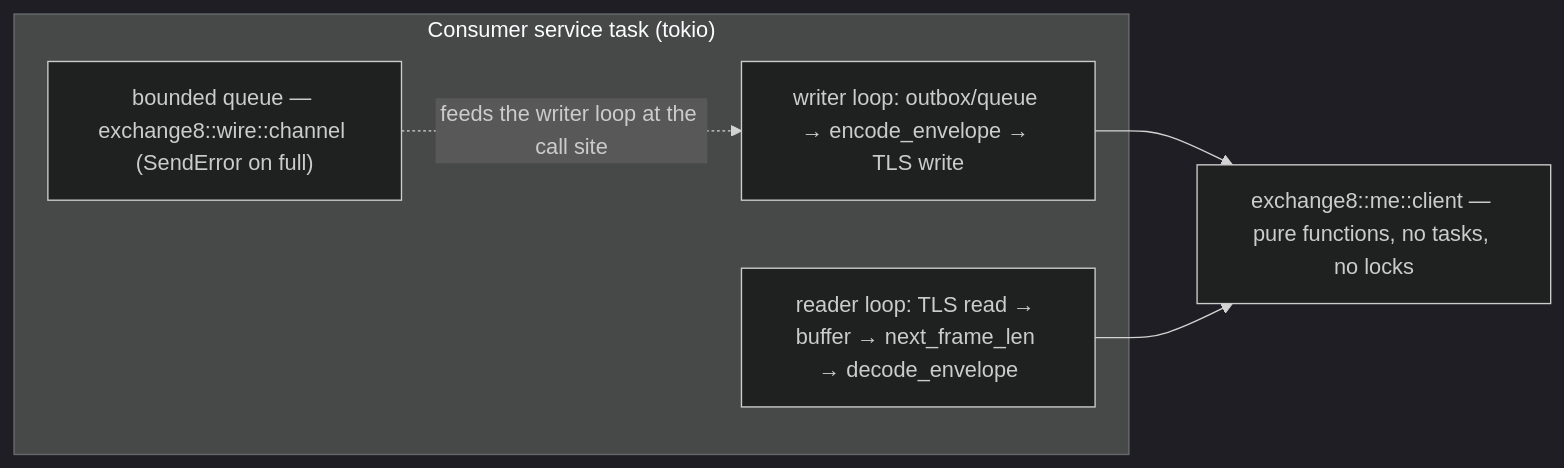
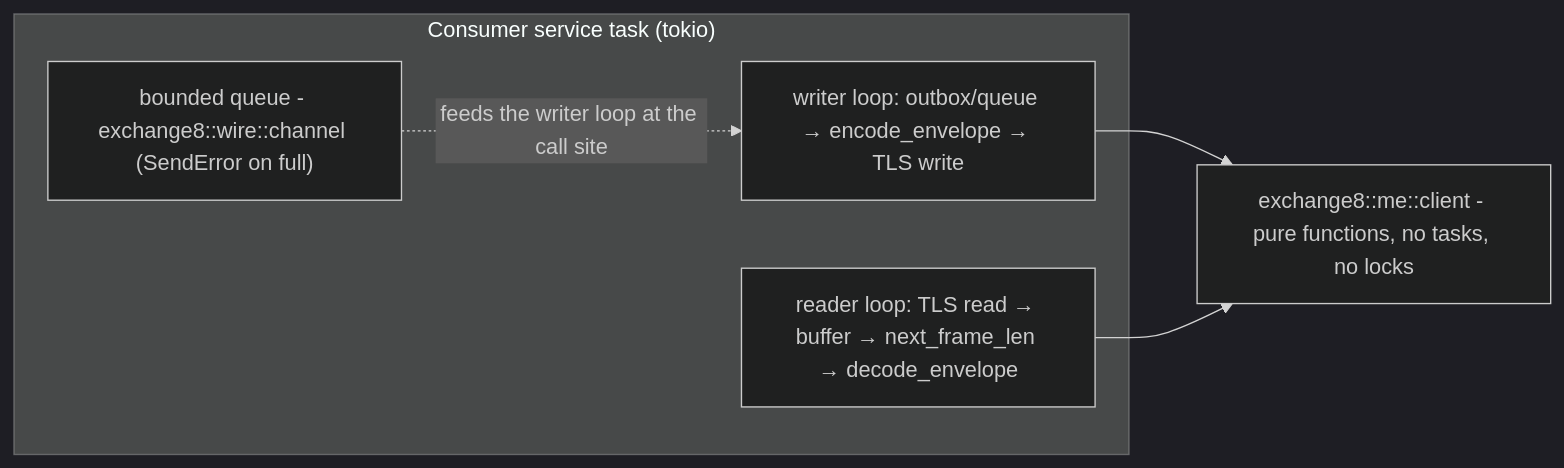
One commit to Exchange8-dev/exchange8-sdk changed the sixth of 7 diagrams in crates/me/client/DESIGN.md. Above: the diagram before and after it, drawn with Mermaid (dark theme). The commit also changed other lines of this file and 60 other files, not shown here.

````diff
--- a/crates/me/client/DESIGN.md
+++ b/crates/me/client/DESIGN.md
@@ -285,12 +285,12 @@
 ```mermaid
 graph LR
     subgraph ConsumerTask["Consumer service task (tokio)"]
         WR["writer loop: outbox/queue → encode_envelope → TLS write"]
         RD["reader loop: TLS read → buffer → next_frame_len → decode_envelope"]
-        Q["bounded queue — exchange8::wire::channel (SendError on full)"]
+        Q["bounded queue - exchange8::wire::channel (SendError on full)"]
     end
-    MC["exchange8::me::client — pure functions, no tasks, no locks"]
+    MC["exchange8::me::client - pure functions, no tasks, no locks"]
     WR --> MC
     RD --> MC
     Q -. "feeds the writer loop at the call site" .-> WR
 ```
````
